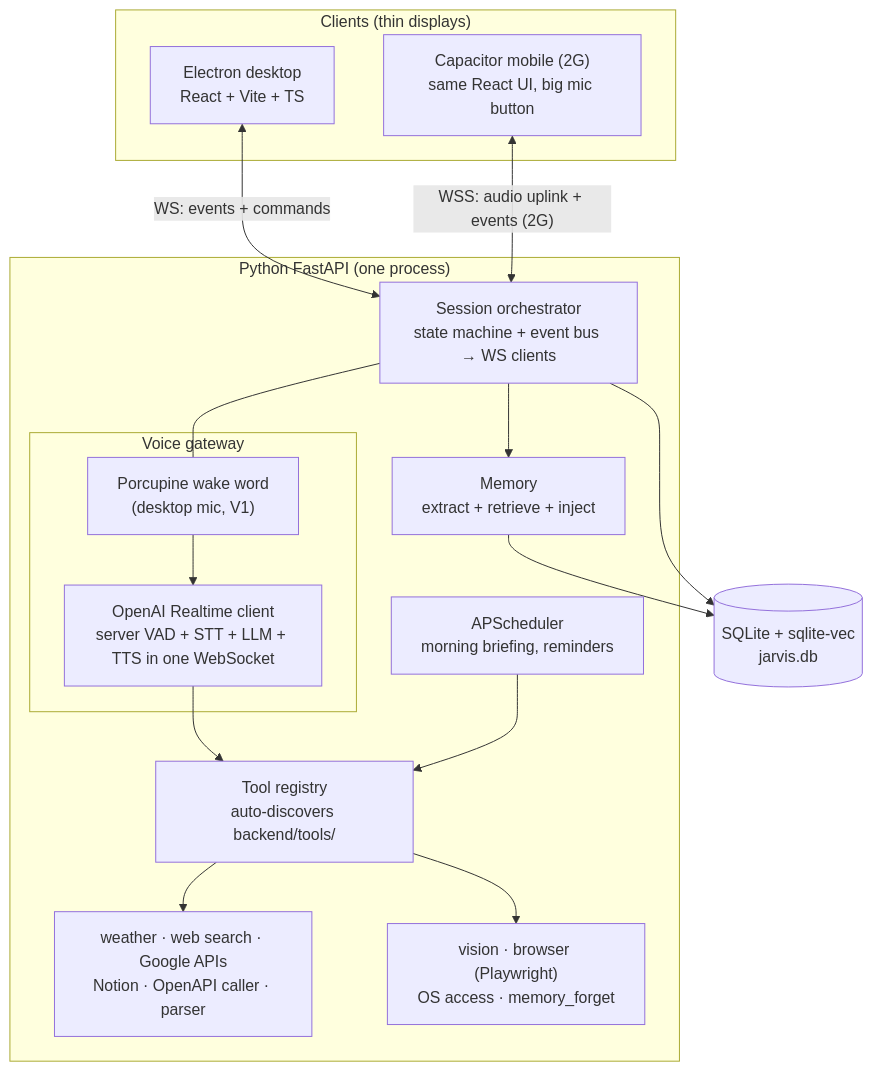
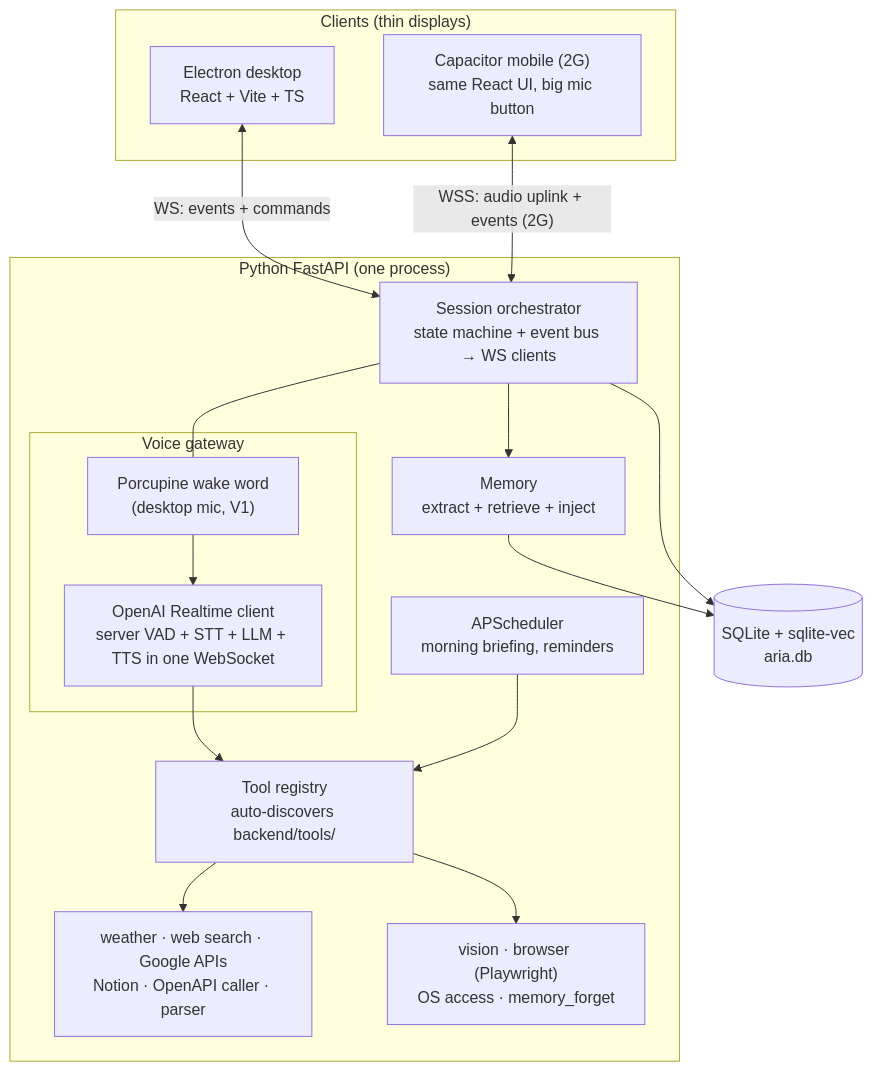
The first of 6 diagrams in docs/MASTER_SPEC.md (TechyLakshay/A.R.I.A.), drawn with Mermaid before and after one commit. The commit also changed other lines of this file and 16 other files, not shown here.

````diff
--- a/docs/MASTER_SPEC.md
+++ b/docs/MASTER_SPEC.md
@@ -25,34 +25,34 @@
 ```mermaid
 flowchart TB
     subgraph Clients["Clients (thin displays)"]
         E["Electron desktop<br/>React + Vite + TS"]
         M["Capacitor mobile (2G)<br/>same React UI, big mic button"]
     end
 
     subgraph Backend["Python FastAPI (one process)"]
         subgraph VG["Voice gateway"]
             WAKE["Porcupine wake word<br/>(desktop mic, V1)"]
             RT["OpenAI Realtime client<br/>server VAD + STT + LLM + TTS in one WebSocket"]
         end
         ORCH["Session orchestrator<br/>state machine + event bus → WS clients"]
         REG["Tool registry<br/>auto-discovers backend/tools/"]
         MEM["Memory<br/>extract + retrieve + inject"]
         SCH["APScheduler<br/>morning briefing, reminders"]
         T1["weather · web search · Google APIs<br/>Notion · OpenAPI caller · parser"]
         T2["vision · browser (Playwright)<br/>OS access · memory_forget"]
     end
 
-    DB[("SQLite + sqlite-vec<br/>jarvis.db")]
+    DB[("SQLite + sqlite-vec<br/>aria.db")]
 
     E <-->|"WS: events + commands"| ORCH
     M <-->|"WSS: audio uplink + events (2G)"| ORCH
     WAKE --> RT
     ORCH --- WAKE
     RT --> REG
     SCH --> REG
     ORCH --> MEM
     REG --> T1
     REG --> T2
     MEM --> DB
     ORCH --> DB
 ```
````
